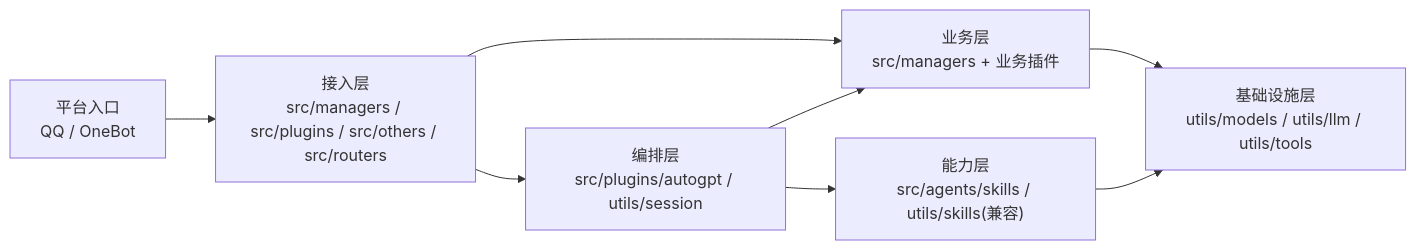
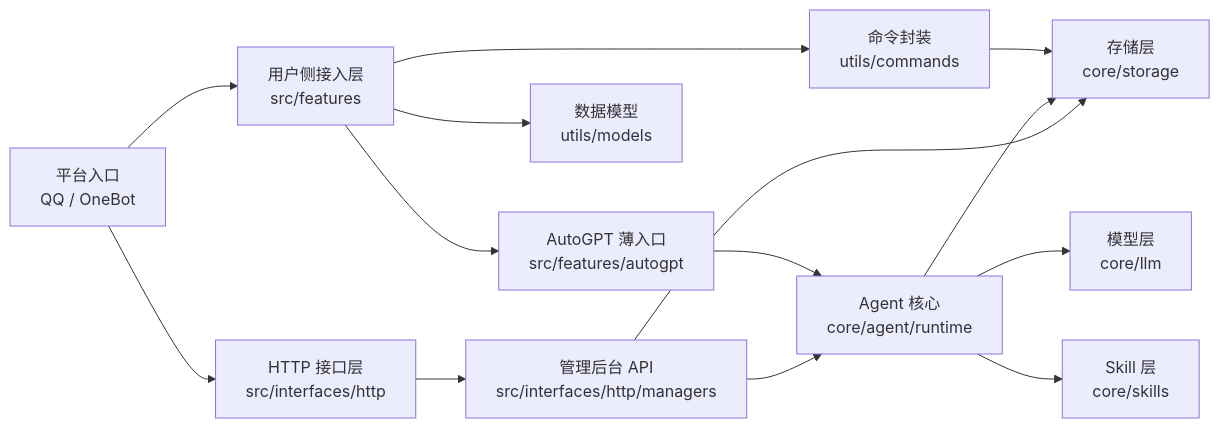
One commit to ClassRobot/ClassRobot changed the diagram in docs/getting-started/project-structure.md. Above: the diagram before and after it, drawn with Mermaid. The commit also changed other lines of this file and 319 other files, not shown here.

````diff
--- a/docs/getting-started/project-structure.md
+++ b/docs/getting-started/project-structure.md
@@ -5,10 +5,16 @@
 ```mermaid
 flowchart LR
-    Platform["平台入口\nQQ / OneBot"] --> Access["接入层\nsrc/managers / src/plugins / src/others / src/routers"]
-    Access --> Orchestrator["编排层\nsrc/plugins/autogpt / utils/session"]
-    Access --> Domain["业务层\nsrc/managers + 业务插件"]
-    Orchestrator --> Domain
-    Orchestrator --> Skills["能力层\nsrc/agents/skills / utils/skills(兼容)"]
-    Domain --> Infra["基础设施层\nutils/models / utils/llm / utils/tools"]
-    Skills --> Infra
+    Platform["平台入口\nQQ / OneBot"] --> Features["用户侧接入层\nsrc/features"]
+    Platform --> Http["HTTP 接口层\nsrc/interfaces/http"]
+    Features --> Commands["命令封装\nutils/commands"]
+    Features --> AgentEntry["AutoGPT 薄入口\nsrc/features/autogpt"]
+    AgentEntry --> AgentCore["Agent 核心\ncore/agent/runtime"]
+    AgentCore --> LLM["模型层\ncore/llm"]
+    AgentCore --> Skills["Skill 层\ncore/skills"]
+    Commands --> Storage["存储层\ncore/storage"]
+    AgentCore --> Storage
+    Features --> Models["数据模型\nutils/models"]
+    Http --> Managers["管理后台 API\nsrc/interfaces/http/managers"]
+    Managers --> AgentCore
+    Managers --> Storage
 ```
````
